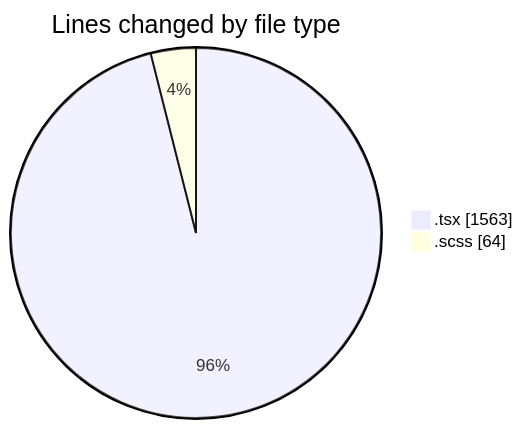
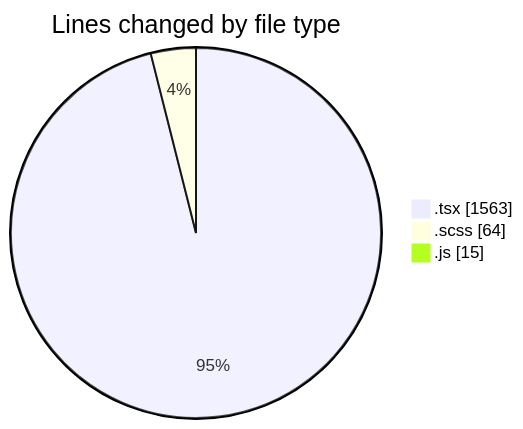
Before and after one commit to momahboobian/code-tracking: the first of 2 diagrams in 2025-06-16/cda/README.md, drawn with Mermaid. The commit also changed other lines of this file and 1 other file, not shown here.

````diff
--- a/2025-06-16/cda/README.md
+++ b/2025-06-16/cda/README.md
@@ -23,6 +24,7 @@
 ```mermaid
 pie showData
 title Lines changed by file type
 ".tsx" : 1563
 ".scss" : 64
+".js" : 15
 ```
````
